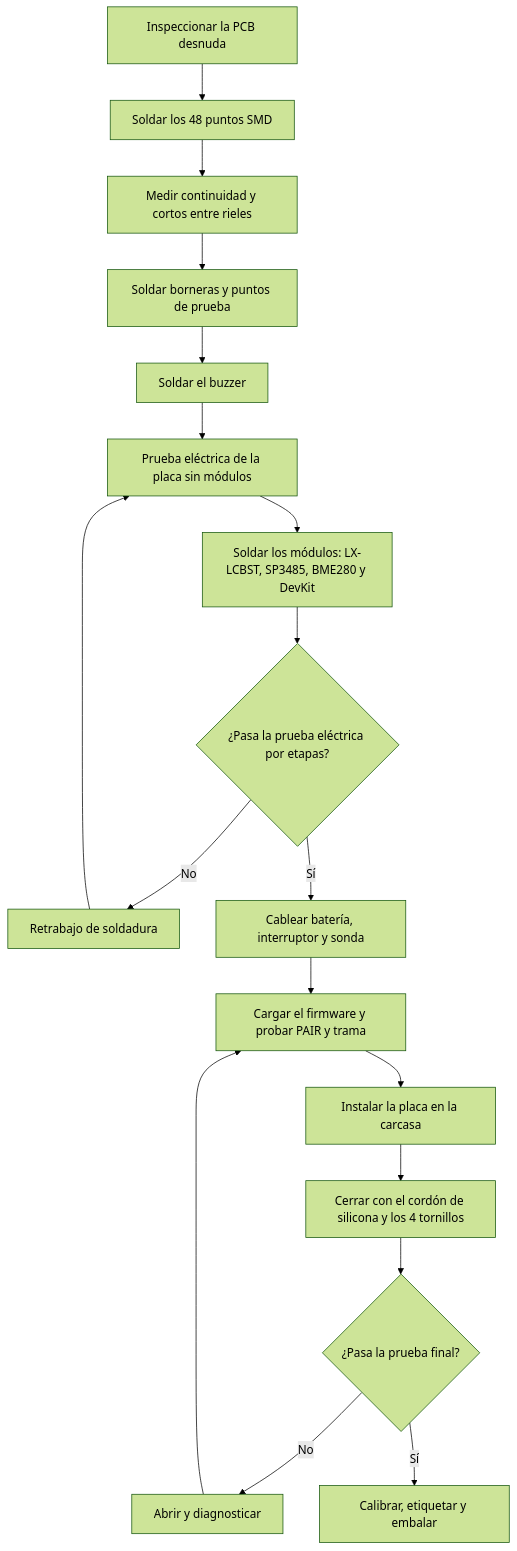
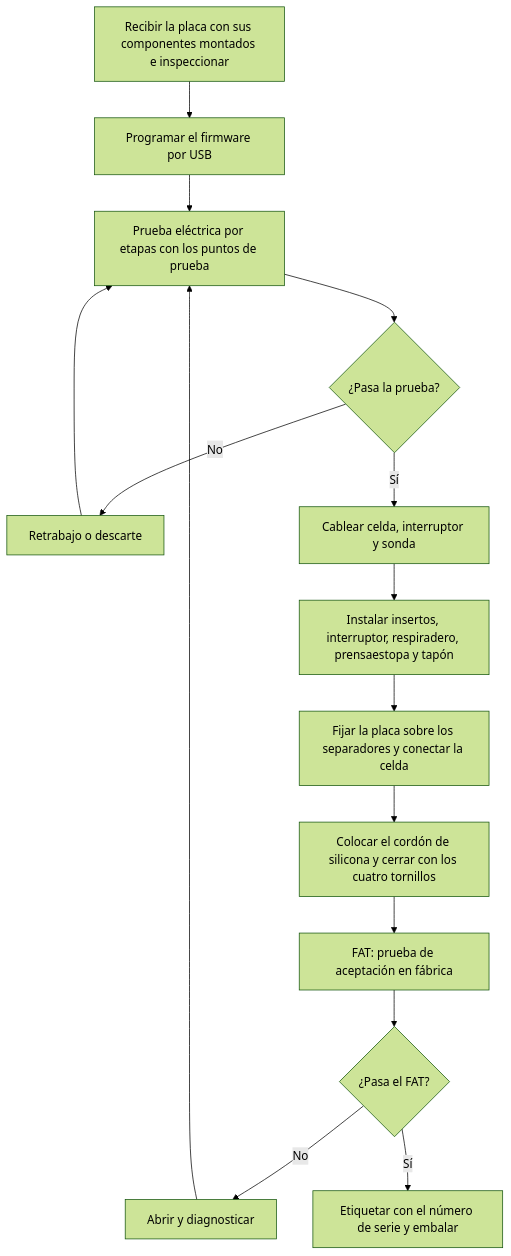
The sixth of 8 diagrams in Evaluacion/Evaluacion 2/INFORME CORREGIDO.md (Alvarinhoooo7/TerraSence), drawn with Mermaid (forest theme) before and after one commit. The commit also changed other lines of this file and 26 other files, not shown here.

First line of the commit message:
feat(evaluacion-2): informe de ingeniería básica y de detalle con placa V3 sin módulos

````diff
--- a/Evaluacion/Evaluacion 2/INFORME CORREGIDO.md
+++ b/Evaluacion/Evaluacion 2/INFORME CORREGIDO.md
@@ -2089,20 +1263,17 @@
 ```mermaid
 flowchart TD
-    A1["Inspeccionar la PCB desnuda"] --> A2["Soldar los 48 puntos SMD"]
-    A2 --> A3["Medir continuidad y cortos entre rieles"]
-    A3 --> A4["Soldar borneras y puntos de prueba"]
-    A4 --> A5["Soldar el buzzer"]
-    A5 --> A6["Prueba eléctrica de la placa sin módulos"]
-    A6 --> A7["Soldar los módulos: LX-LCBST, SP3485, BME280 y DevKit"]
-    A7 --> A8{"¿Pasa la prueba eléctrica por etapas?"}
-    A8 -->|"No"| R1["Retrabajo de soldadura"]
-    R1 --> A6
-    A8 -->|"Sí"| A9["Cablear batería, interruptor y sonda"]
-    A9 --> A10["Cargar el firmware y probar PAIR y trama"]
-    A10 --> A11["Instalar la placa en la carcasa"]
-    A11 --> A12["Cerrar con el cordón de silicona y los 4 tornillos"]
-    A12 --> A13{"¿Pasa la prueba final?"}
-    A13 -->|"No"| R2["Abrir y diagnosticar"]
-    R2 --> A10
-    A13 -->|"Sí"| A14["Calibrar, etiquetar y embalar"]
+    A1["Recibir la placa con sus componentes montados e inspeccionar"] --> A2["Programar el firmware por USB"]
+    A2 --> A3["Prueba eléctrica por etapas con los puntos de prueba"]
+    A3 --> A4{"¿Pasa la prueba?"}
+    A4 -->|"No"| R1["Retrabajo o descarte"]
+    R1 --> A3
+    A4 -->|"Sí"| A5["Cablear celda, interruptor y sonda"]
+    A5 --> A6["Instalar insertos, interruptor, respiradero, prensaestopa y tapón"]
+    A6 --> A7["Fijar la placa sobre los separadores y conectar la celda"]
+    A7 --> A8["Colocar el cordón de silicona y cerrar con los cuatro tornillos"]
+    A8 --> A9["FAT: prueba de aceptación en fábrica"]
+    A9 --> A10{"¿Pasa el FAT?"}
+    A10 -->|"No"| R2["Abrir y diagnosticar"]
+    R2 --> A3
+    A10 -->|"Sí"| A11["Etiquetar con el número de serie y embalar"]
 ```
````
